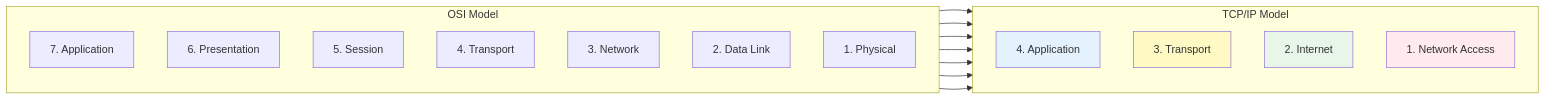
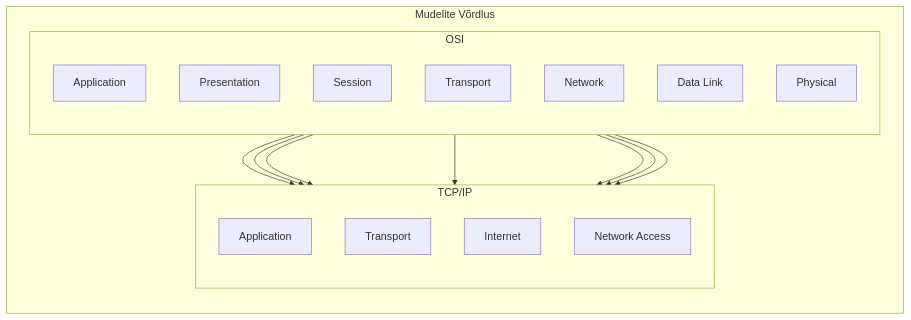
One commit to mtalvik/av_alused changed the eighth of 13 diagrams in Lecture/loeng2.md. Above: the diagram before and after it, drawn with Mermaid. The commit also changed other lines of this file, not shown here.

````diff
--- a/Lecture/loeng2.md
+++ b/Lecture/loeng2.md
@@ -416,34 +206,31 @@
 ```mermaid
 graph LR
-    subgraph "OSI Model"
-        direction TB
-        O1[7. Application]
-        O2[6. Presentation]
-        O3[5. Session]
-        O4[4. Transport]
-        O5[3. Network]
-        O6[2. Data Link]
-        O7[1. Physical]
-    end
-    
-    subgraph "TCP/IP Model"
-        direction TB
-        T1[4. Application]
-        T2[3. Transport]
-        T3[2. Internet]
-        T4[1. Network Access]
+    subgraph "Mudelite Võrdlus"
+        subgraph "OSI"
+            direction TB
+            O1[Application]
+            O2[Presentation]
+            O3[Session]
+            O4[Transport]
+            O5[Network]
+            O6[Data Link]
+            O7[Physical]
+        end
+        
+        subgraph "TCP/IP"
+            direction TB
+            T1[Application]
+            T2[Transport]
+            T3[Internet]
+            T4[Network Access]
+        end
     end
     
     O1 --> T1
     O2 --> T1
     O3 --> T1
     O4 --> T2
     O5 --> T3
     O6 --> T4
     O7 --> T4
-    
-    style T1 fill:#e3f2fd
-    style T2 fill:#fff9c4
-    style T3 fill:#e8f5e9
-    style T4 fill:#ffebee
 ```
````
